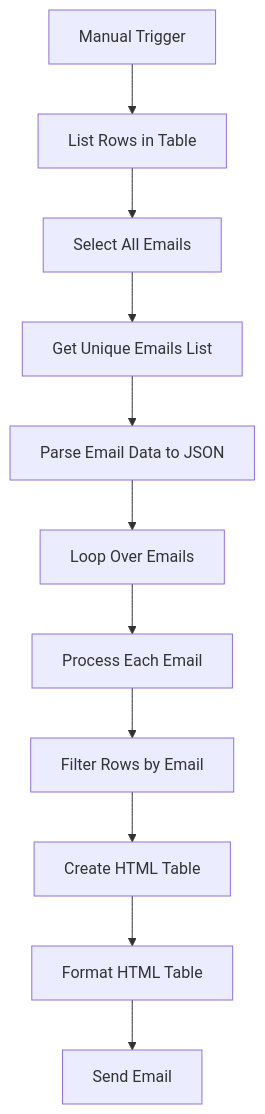
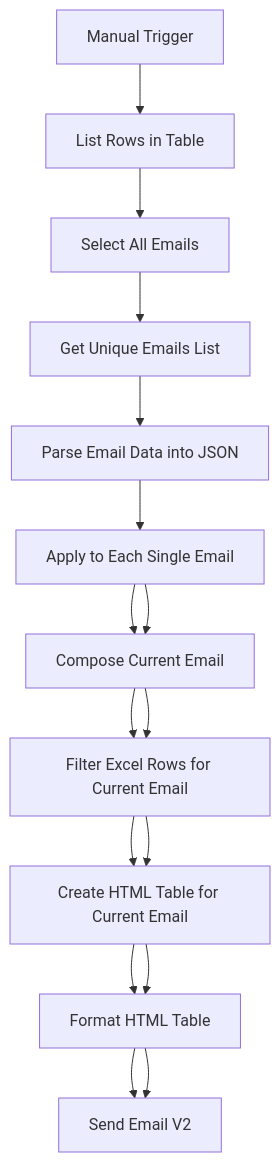
One commit to MateuszMachowina/power-automate changed the diagram in Notify customers about overdue invoices/README.md. Above: the diagram before and after it, drawn with Mermaid. The commit also changed other lines of this file, not shown here.

````diff
--- a/Notify customers about overdue invoices/README.md
+++ b/Notify customers about overdue invoices/README.md
@@ -152,13 +7,22 @@
 ```mermaid
 graph TB
     A[Manual Trigger] --> B[List Rows in Table]
     B --> C[Select All Emails]
     C --> D[Get Unique Emails List]
-    D --> E[Parse Email Data to JSON]
-    E --> F[Loop Over Emails]
-    F --> G[Process Each Email]
-    G --> H[Filter Rows by Email]
-    H --> I[Create HTML Table]
+    D --> E[Parse Email Data into JSON]
+
+    E --> F[Apply to Each Single Email]
+    F --> G[Compose Current Email]
+    G --> H[Filter Excel Rows for Current Email]
+    H --> I[Create HTML Table for Current Email]
     I --> J[Format HTML Table]
-    J --> K[Send Email]
+    J --> K[Send Email V2]
+
+    %% Loop details
+    F --> G
+    G --> H
+    H --> I
+    I --> J
+    J --> K
+
 ```
````
